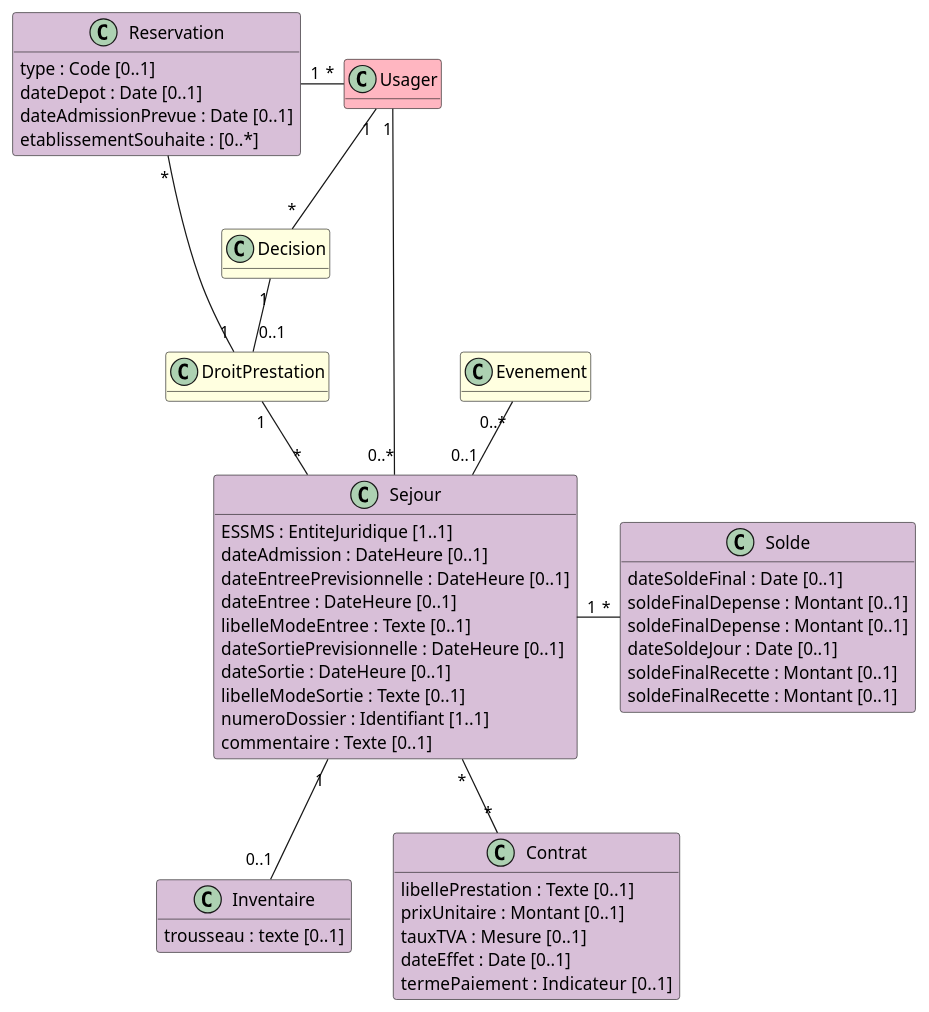
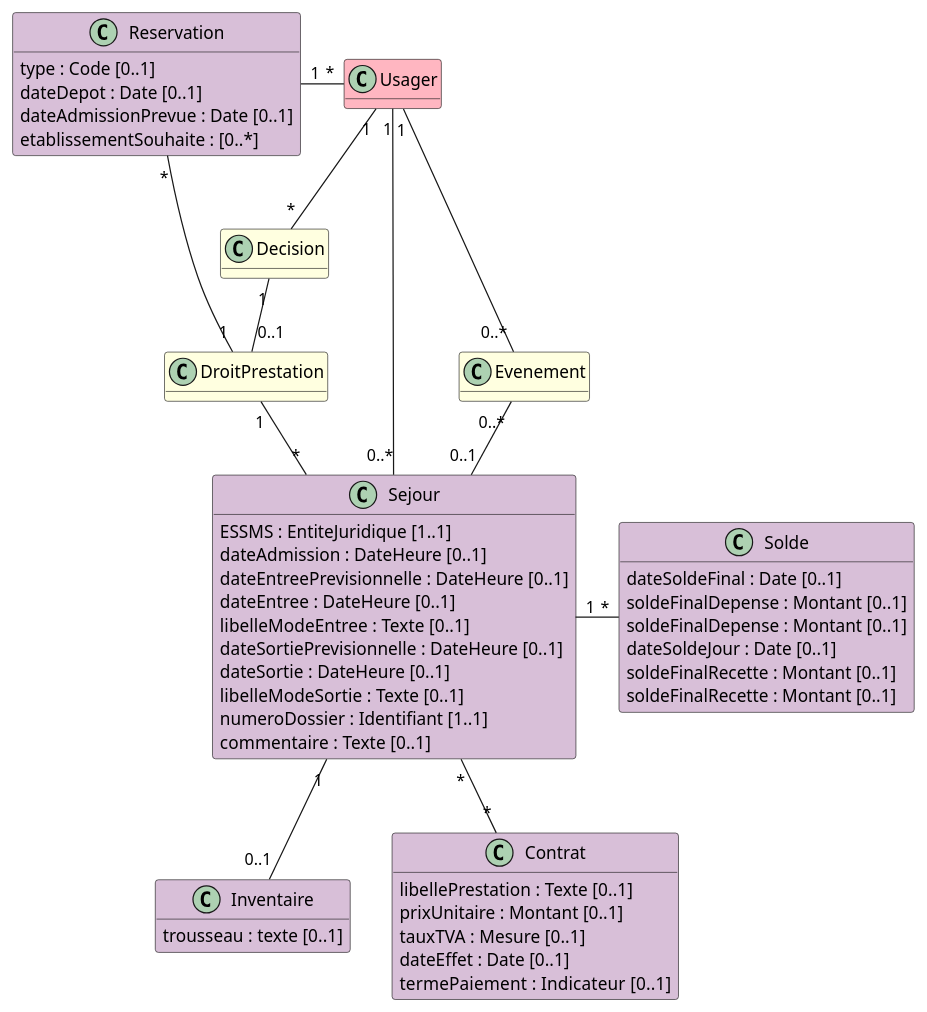
One commit to ansforge/IG-fhir-transfert-donnees-dui-esms changed the diagram in input/images-source/bloc_sejours.plantuml. Above: the diagram before and after it, drawn with PlantUML.

```diff
--- a/input/images-source/bloc_sejours.plantuml
+++ b/input/images-source/bloc_sejours.plantuml
@@ -1,65 +1,66 @@
 @startuml
 
 hide empty methods
 
 class Usager #LightPink
 
 class Decision #LightYellow
 
 class DroitPrestation #LightYellow
 
 class Evenement #LightYellow
 
 class Reservation #Thistle {
     type : Code [0..1]
     dateDepot : Date [0..1]
     dateAdmissionPrevue : Date [0..1]
     etablissementSouhaite : [0..*]
 }
 
 class Sejour #Thistle {
     ESSMS : EntiteJuridique [1..1]
     dateAdmission : DateHeure [0..1]
     dateEntreePrevisionnelle : DateHeure [0..1]
     dateEntree : DateHeure [0..1]
     libelleModeEntree : Texte [0..1]
     dateSortiePrevisionnelle : DateHeure [0..1]
     dateSortie : DateHeure [0..1]
     libelleModeSortie : Texte [0..1]
     numeroDossier : Identifiant [1..1]
     commentaire : Texte [0..1] 
 }
 
 class Inventaire #Thistle { 
     trousseau : texte [0..1]
 }
 
 class Solde #Thistle {
     dateSoldeFinal : Date [0..1]
     soldeFinalDepense : Montant [0..1]
     soldeFinalDepense : Montant [0..1]
     dateSoldeJour : Date [0..1]
     soldeFinalRecette : Montant [0..1]
     soldeFinalRecette : Montant [0..1]
 }
 
 class Contrat #Thistle {
     libellePrestation : Texte [0..1]
     prixUnitaire : Montant [0..1]
     tauxTVA : Mesure [0..1]
     dateEffet : Date [0..1]
     termePaiement : Indicateur  [0..1]
 }
 
 Usager "1" -- "*" Decision
 Decision "1" -- "0..1" DroitPrestation
 Reservation "*" - "1" DroitPrestation
 Reservation "1" - "*" Usager
 DroitPrestation "1" -- "*" Sejour
 Sejour "1" -- "0..1" Inventaire
 Sejour "1" - "*" Solde
 Sejour "*" -- "*" Contrat
 Usager "1" - "0..*" Sejour
 Evenement "0..*" -- "0..1" Sejour
+Usager "1" -- "0..*" Evenement
 
 @enduml
```
